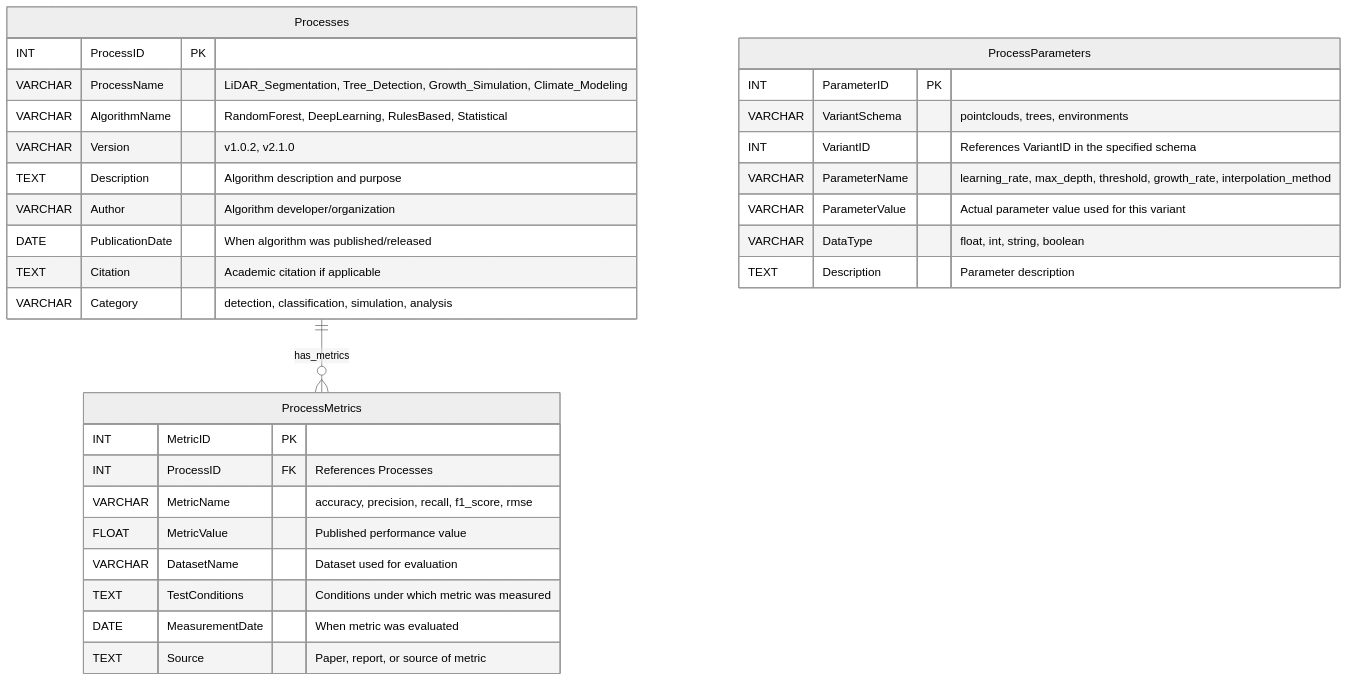
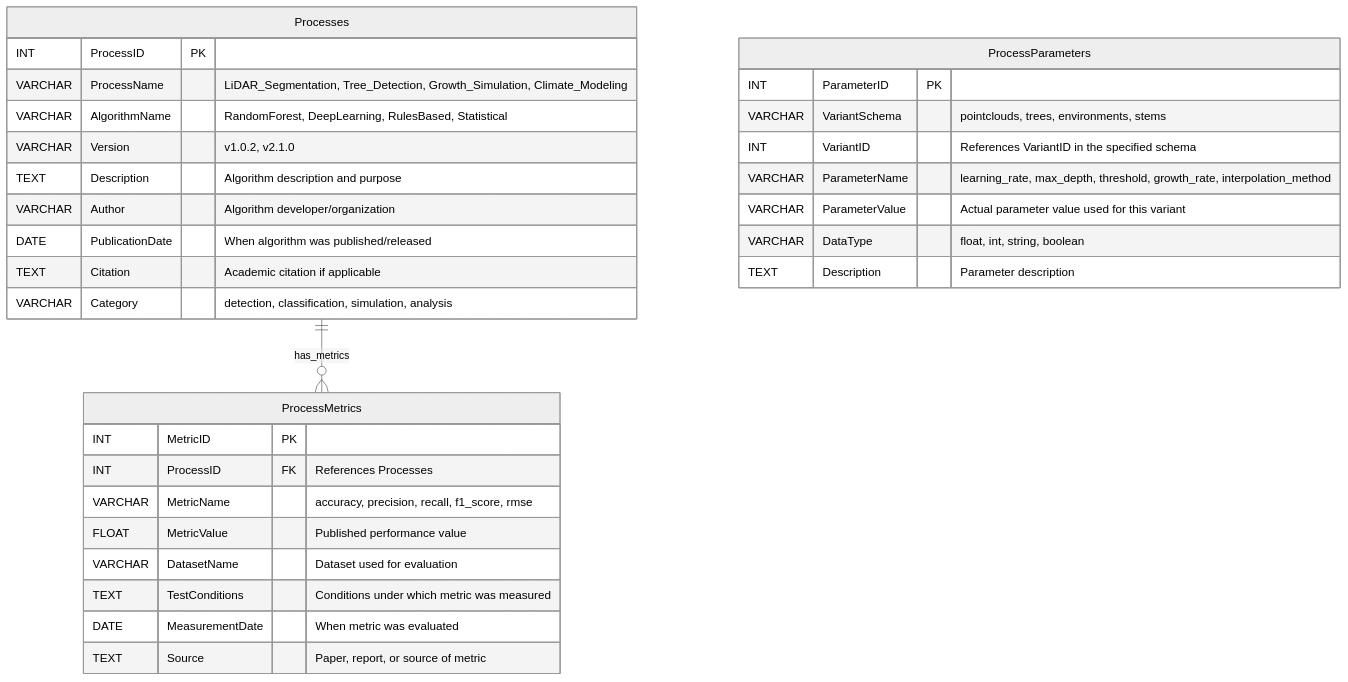
Before and after one commit to XRFutureForests/digital-twin-db: the fifth of 10 diagrams in docs/architecture/database.md, drawn with Mermaid. The commit also changed other lines of this file and 5 other files, not shown here.

````diff
--- a/docs/architecture/database.md
+++ b/docs/architecture/database.md
@@ -170,40 +178,40 @@
 ```mermaid
 %%{init: {
   "theme": "neutral"
 }}%%
 erDiagram
     Processes {
         INT ProcessID PK
         VARCHAR ProcessName "LiDAR_Segmentation, Tree_Detection, Growth_Simulation, Climate_Modeling"
         VARCHAR AlgorithmName "RandomForest, DeepLearning, RulesBased, Statistical"
         VARCHAR Version "v1.0.2, v2.1.0"
         TEXT Description "Algorithm description and purpose"
         VARCHAR Author "Algorithm developer/organization"
         DATE PublicationDate "When algorithm was published/released"
         TEXT Citation "Academic citation if applicable"
         VARCHAR Category "detection, classification, simulation, analysis"
     }
 
     ProcessParameters {
         INT ParameterID PK
-        VARCHAR VariantSchema "pointclouds, trees, environments"
+        VARCHAR VariantSchema "pointclouds, trees, environments, stems"
         INT VariantID "References VariantID in the specified schema"
         VARCHAR ParameterName "learning_rate, max_depth, threshold, growth_rate, interpolation_method"
         VARCHAR ParameterValue "Actual parameter value used for this variant"
         VARCHAR DataType "float, int, string, boolean"
         TEXT Description "Parameter description"
     }
 
     ProcessMetrics {
         INT MetricID PK
         INT ProcessID FK "References Processes"
         VARCHAR MetricName "accuracy, precision, recall, f1_score, rmse"
         FLOAT MetricValue "Published performance value"
         VARCHAR DatasetName "Dataset used for evaluation"
         TEXT TestConditions "Conditions under which metric was measured"
         DATE MeasurementDate "When metric was evaluated"
         TEXT Source "Paper, report, or source of metric"
     }
 
     Processes ||--o{ ProcessMetrics : has_metrics
 ```
````
